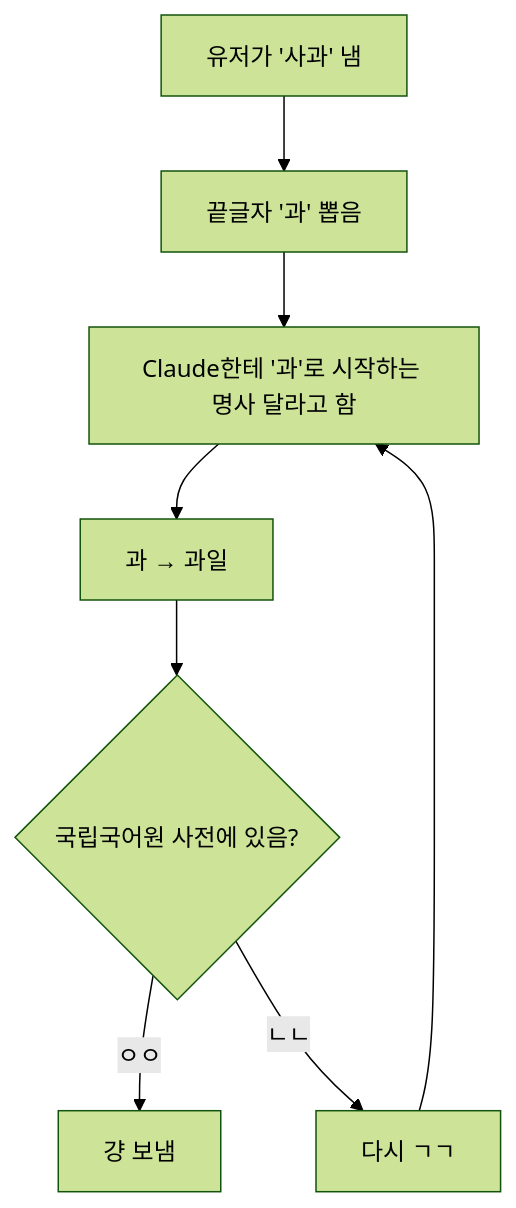
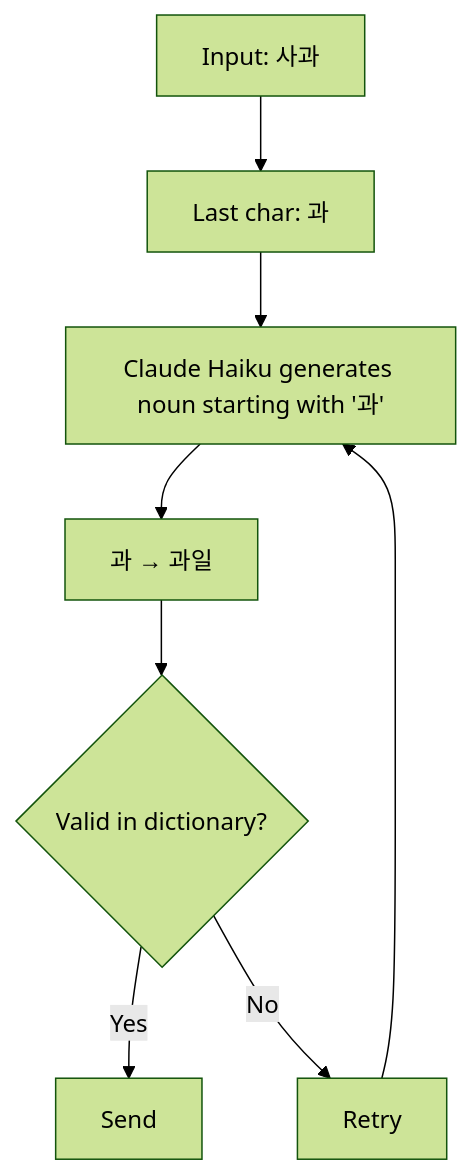
Before and after one commit to Technoetic/word-chain-game: the fourth of 7 diagrams in README.md, drawn with Mermaid (forest theme). The commit also changed other lines of this file, not shown here.

````diff
--- a/README.md
+++ b/README.md
@@ -73,10 +71,10 @@
 ```mermaid
 flowchart TD
-    A["유저가 '사과' 냄"] --> B["끝글자 '과' 뽑음"]
-    B --> C["Claude한테 '과'로 시작하는 명사 달라고 함"]
+    A["Input: 사과"] --> B["Last char: 과"]
+    B --> C["Claude Haiku generates noun starting with '과'"]
     C --> D["과 → 과일"]
-    D --> E{"국립국어원 사전에 있음?"}
-    E -->|ㅇㅇ| F["걍 보냄"]
-    E -->|ㄴㄴ| G["다시 ㄱㄱ"]
+    D --> E{"Valid in dictionary?"}
+    E -->|Yes| F["Send"]
+    E -->|No| G["Retry"]
     G --> C
 ```
````
